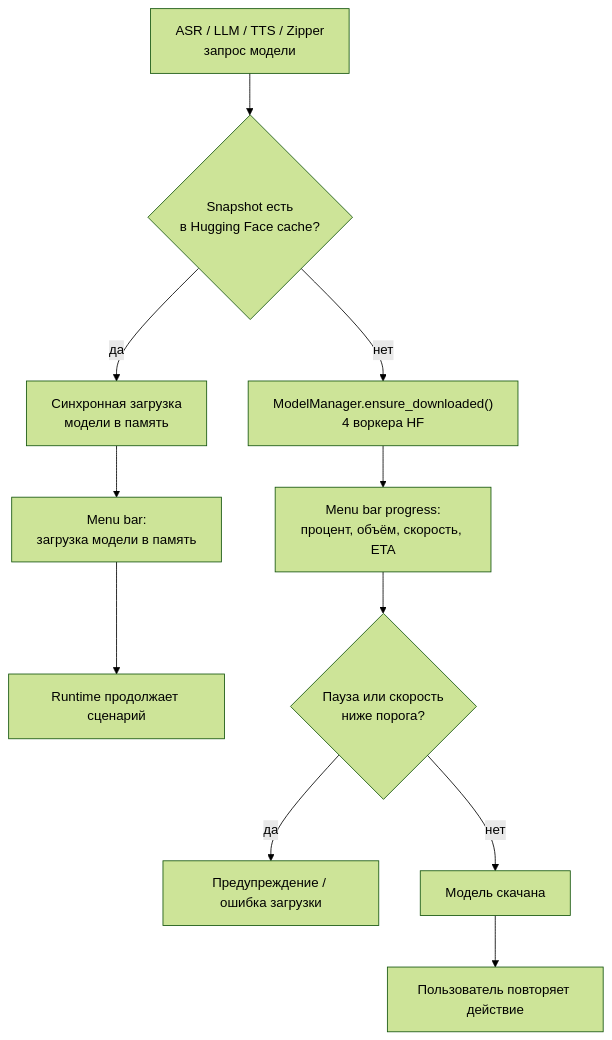
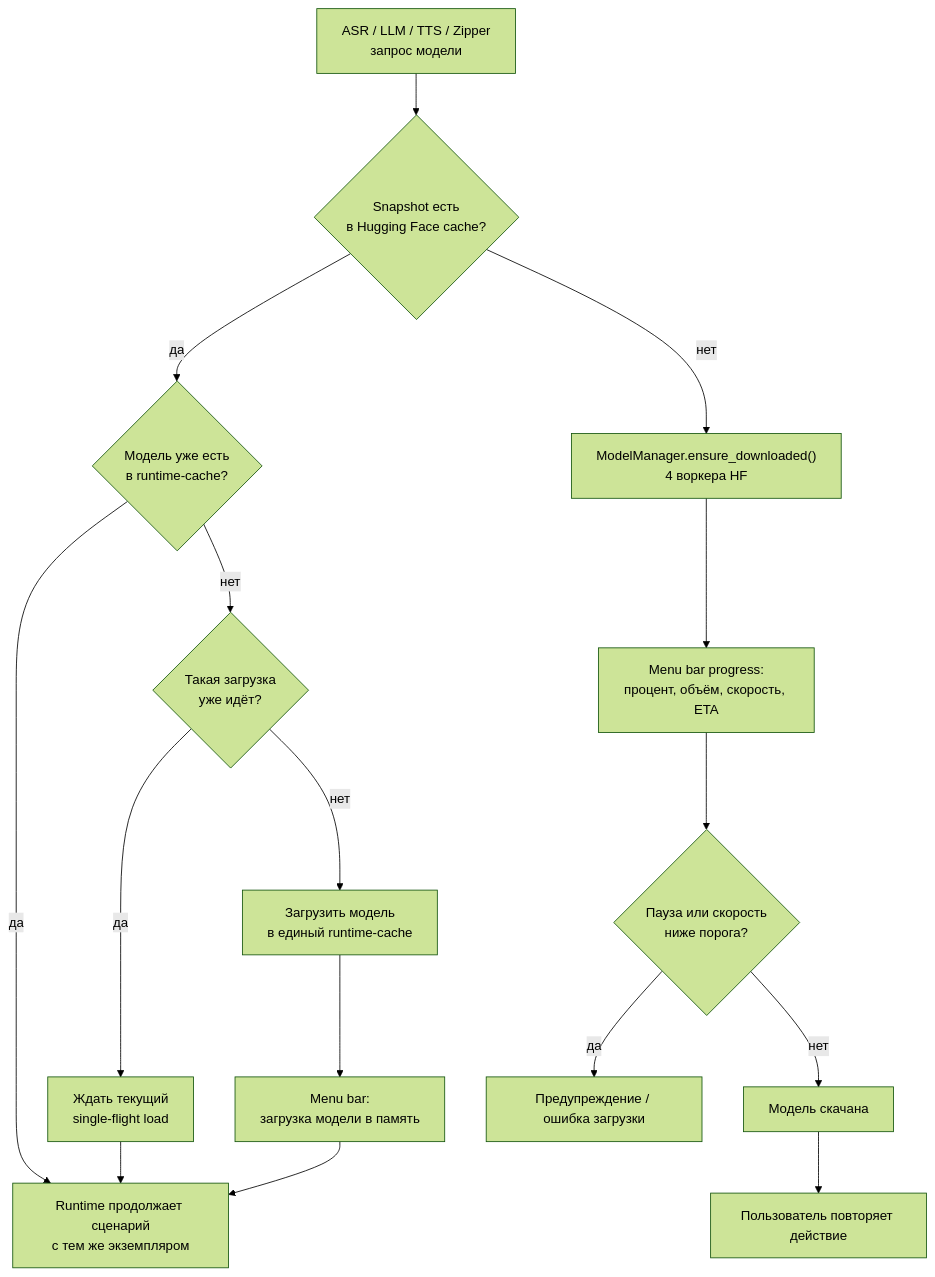
One commit to deniszagitov/mlx-whisper-dictation changed the seventh of 7 diagrams in docs/data-flow.md. Above: the diagram before and after it, drawn with Mermaid (forest theme). The commit also changed 30 other files, not shown here.

First line of the commit message:
feat(models): добавить общий MLX runtime-cache

````diff
--- a/docs/data-flow.md
+++ b/docs/data-flow.md
@@ -160,13 +160,18 @@
 ```mermaid
 flowchart TD
     Request["ASR / LLM / TTS / Zipper<br/>запрос модели"] --> Cached{"Snapshot есть<br/>в Hugging Face cache?"}
-    Cached -->|да| Memory["Синхронная загрузка<br/>модели в память"]
+    Cached -->|да| Shared{"Модель уже есть<br/>в runtime-cache?"}
+    Shared -->|да| Runtime["Runtime продолжает сценарий<br/>с тем же экземпляром"]
+    Shared -->|нет| Inflight{"Такая загрузка<br/>уже идёт?"}
+    Inflight -->|да| Wait["Ждать текущий<br/>single-flight load"]
+    Inflight -->|нет| Memory["Загрузить модель<br/>в единый runtime-cache"]
+    Wait --> Runtime
     Memory --> Status["Menu bar:<br/>загрузка модели в память"]
-    Status --> Runtime["Runtime продолжает сценарий"]
+    Status --> Runtime
     Cached -->|нет| Downloader["ModelManager.ensure_downloaded()<br/>4 воркера HF"]
     Downloader --> Progress["Menu bar progress:<br/>процент, объём, скорость, ETA"]
     Progress --> Slow{"Пауза или скорость<br/>ниже порога?"}
     Slow -->|да| Warning["Предупреждение / ошибка загрузки"]
     Slow -->|нет| Ready["Модель скачана"]
     Ready --> Retry["Пользователь повторяет действие"]
 ```
````
